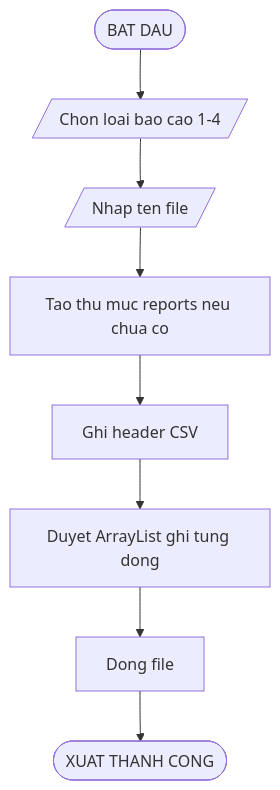
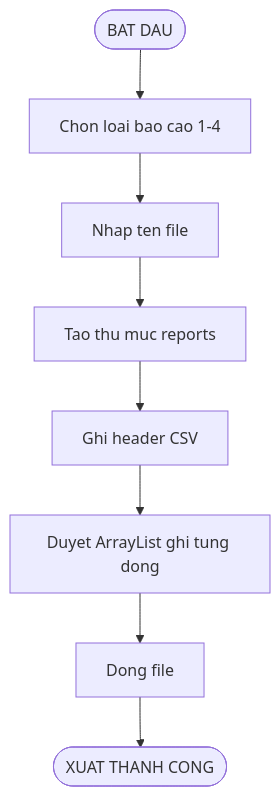
Before and after one commit to phucphuc2006/pro-192: the eighth of 20 diagrams in docs/Flowcharts/Flowcharts.md, drawn with Mermaid. The commit also changed other lines of this file, not shown here.

Commit message:
Fix Mermaid: remove parallelogram syntax for GitHub

````diff
--- a/docs/Flowcharts/Flowcharts.md
+++ b/docs/Flowcharts/Flowcharts.md
@@ -145,10 +144,10 @@
 ```mermaid
 flowchart TD
-    A([BAT DAU]) --> B[/Chon loai bao cao 1-4/]
-    B --> C[/Nhap ten file/]
-    C --> D[Tao thu muc reports neu chua co]
+    A([BAT DAU]) --> B[Chon loai bao cao 1-4]
+    B --> C[Nhap ten file]
+    C --> D[Tao thu muc reports]
     D --> E[Ghi header CSV]
     E --> F[Duyet ArrayList ghi tung dong]
     F --> G[Dong file]
     G --> H([XUAT THANH CONG])
 ```
````
